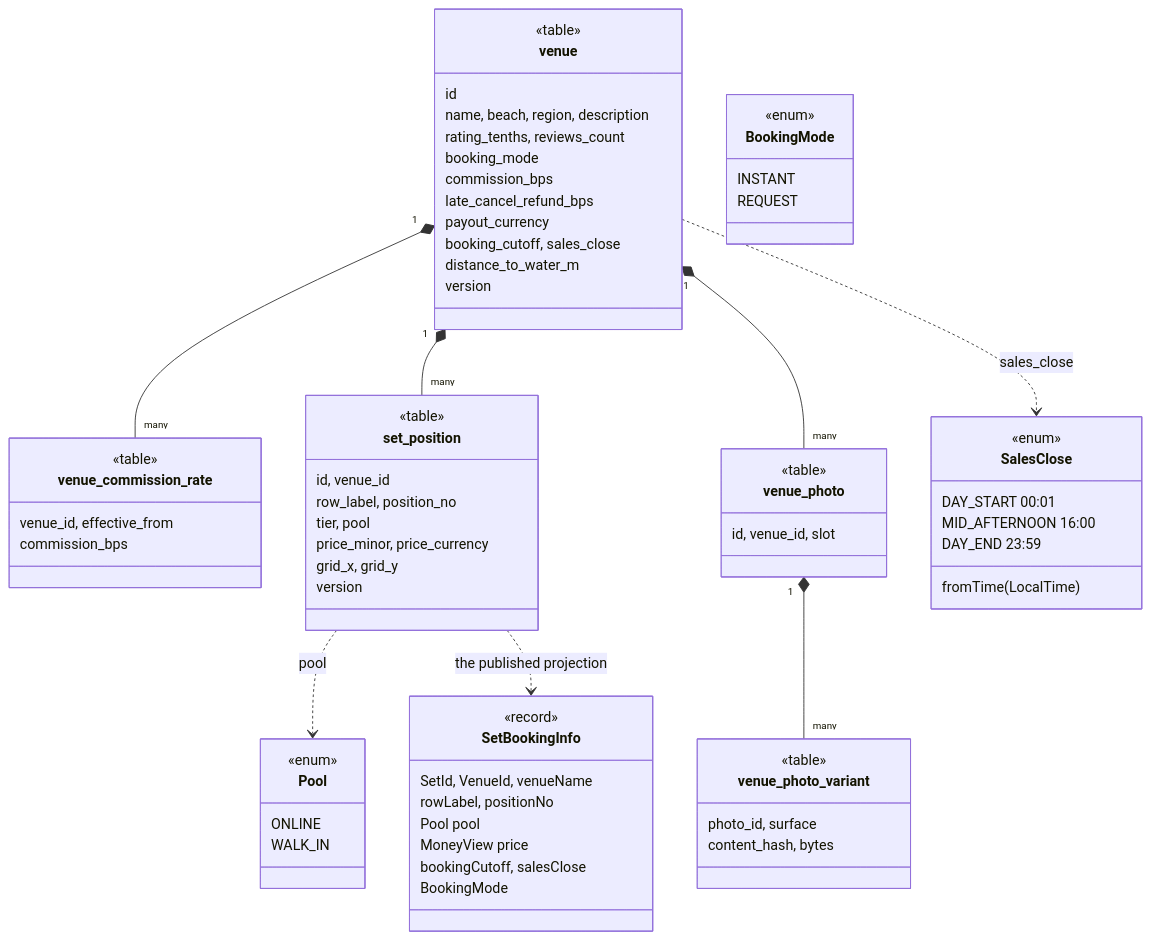
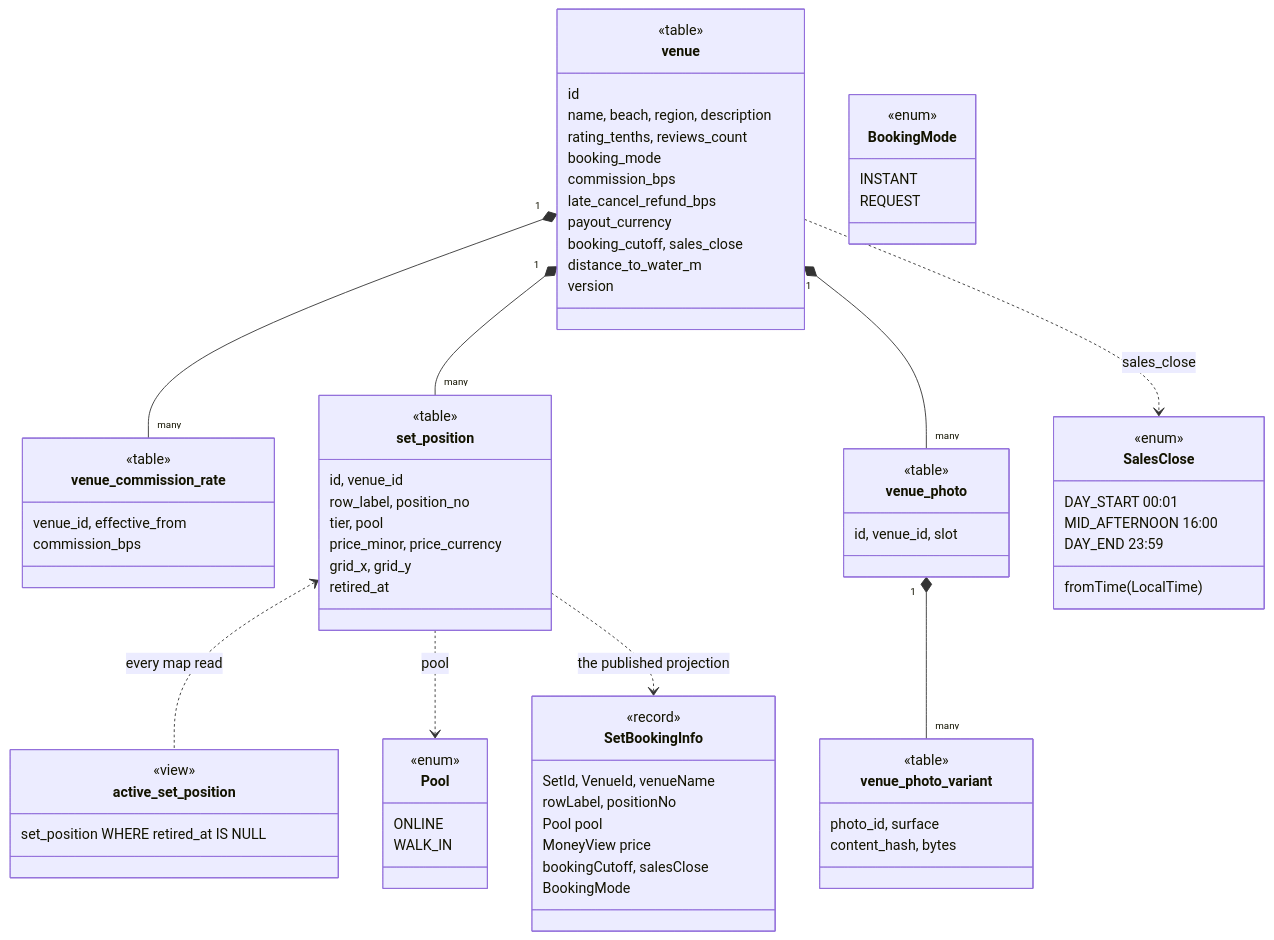
The third of 15 diagrams in docs/architecture/domain-model.md (ivopogace/riviera-sunbed-booking), drawn with Mermaid before and after one commit. The commit also changed other lines of this file and 45 other files, not shown here.

First line of the commit message:
Retire instead of delete: retired marker, active-set view, exclusion net (#1043)

````diff
--- a/docs/architecture/domain-model.md
+++ b/docs/architecture/domain-model.md
@@ -178,72 +178,77 @@
 ```mermaid
 classDiagram
     class venue {
         <<table>>
         id
         name, beach, region, description
         rating_tenths, reviews_count
         booking_mode
         commission_bps
         late_cancel_refund_bps
         payout_currency
         booking_cutoff, sales_close
         distance_to_water_m
         version
     }
     class venue_commission_rate {
         <<table>>
         venue_id, effective_from
         commission_bps
     }
     class set_position {
         <<table>>
         id, venue_id
         row_label, position_no
         tier, pool
         price_minor, price_currency
         grid_x, grid_y
-        version
+        retired_at
+    }
+    class active_set_position {
+        <<view>>
+        set_position WHERE retired_at IS NULL
     }
     class venue_photo {
         <<table>>
         id, venue_id, slot
     }
     class venue_photo_variant {
         <<table>>
         photo_id, surface
         content_hash, bytes
     }
     class SalesClose {
         <<enum>>
         DAY_START 00:01
         MID_AFTERNOON 16:00
         DAY_END 23:59
         fromTime(LocalTime)
     }
     class SetBookingInfo {
         <<record>>
         SetId, VenueId, venueName
         rowLabel, positionNo
         Pool pool
         MoneyView price
         bookingCutoff, salesClose
         BookingMode
     }
     class Pool {
         <<enum>>
         ONLINE
         WALK_IN
     }
     class BookingMode {
         <<enum>>
         INSTANT
         REQUEST
     }
     venue "1" *-- "many" set_position
+    set_position <.. active_set_position : every map read
     venue "1" *-- "many" venue_commission_rate
     venue "1" *-- "many" venue_photo
     venue_photo "1" *-- "many" venue_photo_variant
     venue ..> SalesClose : sales_close
     set_position ..> Pool : pool
     set_position ..> SetBookingInfo : the published projection
 ```
````
